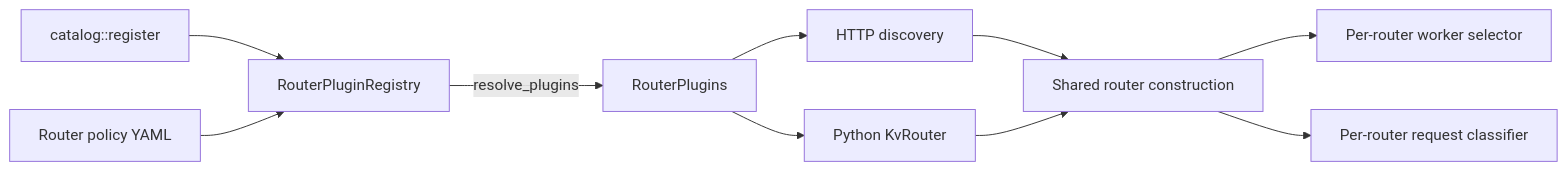
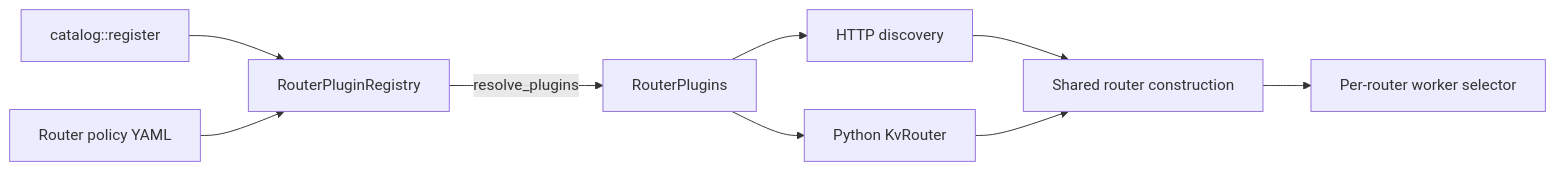
The second of 3 diagrams in docs/fern/pages/developer-guide/knowledge-base/modular-components/router/custom-worker-selection.mdx (ai-dynamo/dynamo), drawn with Mermaid before and after one commit. The commit also changed other lines of this file and 1 other file, not shown here.

Commit message:
docs(router): defer request classifier documentation

````diff
--- a/docs/fern/pages/developer-guide/knowledge-base/modular-components/router/custom-worker-selection.mdx
+++ b/docs/fern/pages/developer-guide/knowledge-base/modular-components/router/custom-worker-selection.mdx
@@ -396,12 +353,11 @@
 ```mermaid
 flowchart LR
     Catalog["catalog::register"] --> Registry[RouterPluginRegistry]
     Config[Router policy YAML] --> Registry
     Registry -->|resolve_plugins| Bundle[RouterPlugins]
     Bundle --> HTTP[HTTP discovery]
     Bundle --> Python[Python KvRouter]
     HTTP --> Build[Shared router construction]
     Python --> Build
     Build --> Selector[Per-router worker selector]
-    Build --> Classifier[Per-router request classifier]
 ```
````
